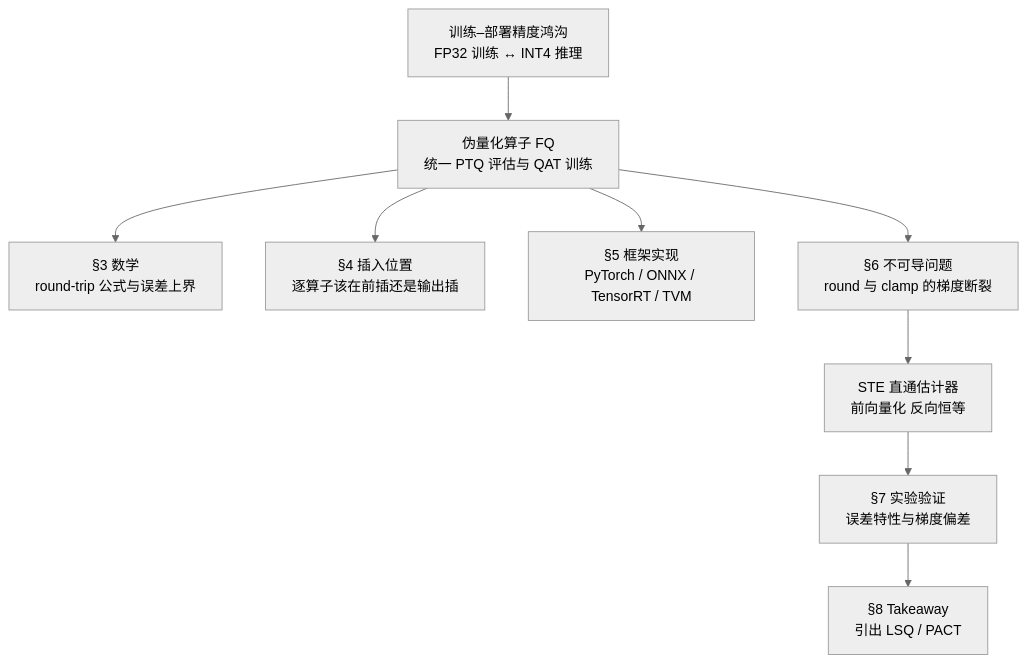
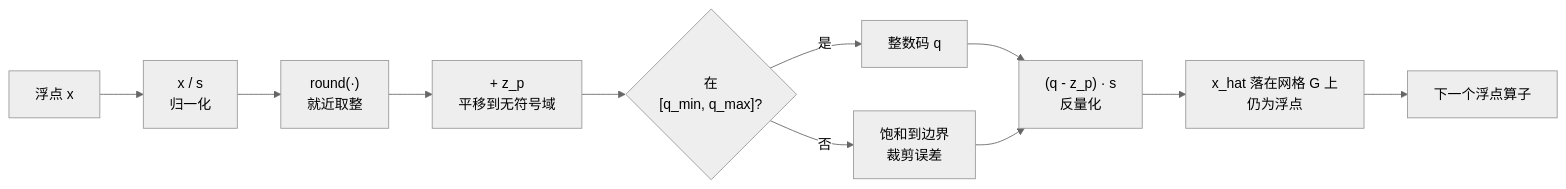
The first of 4 diagrams in _posts/2026-08-26-llm-quant-11-fake-quant-insertion.md (lrypcy/lrypcy.github.io), drawn with Mermaid (neutral theme) before and after one commit. The commit also changed other lines of this file and 22 other files, not shown here.

````diff
--- a/_posts/2026-08-26-llm-quant-11-fake-quant-insertion.md
+++ b/_posts/2026-08-26-llm-quant-11-fake-quant-insertion.md
@@ -66,11 +106,13 @@
 ```mermaid
-flowchart TD
-    A["训练–部署精度鸿沟<br>FP32 训练 ↔ INT4 推理"] --> B["伪量化算子 FQ<br>统一 PTQ 评估与 QAT 训练"]
-    B --> C["§3 数学<br>round-trip 公式与误差上界"]
-    B --> D["§4 插入位置<br>逐算子该在前插还是输出插"]
-    B --> E["§5 框架实现<br>PyTorch / ONNX / TensorRT / TVM"]
-    B --> F["§6 不可导问题<br>round 与 clamp 的梯度断裂"]
-    F --> G["STE 直通估计器<br>前向量化 反向恒等"]
-    G --> H["§7 实验验证<br>误差特性与梯度偏差"]
-    H --> I["§8 Takeaway<br>引出 LSQ / PACT"]
+flowchart LR
+    A["浮点 x"] --> B["x / s<br>归一化"]
+    B --> C["round(·)<br>就近取整"]
+    C --> D["+ z_p<br>平移到无符号域"]
+    D --> E{"在<br>[q_min, q_max]?"}
+    E -->|"是"| F["整数码 q"]
+    E -->|"否"| G["饱和到边界<br>裁剪误差"]
+    F --> H["(q - z_p) · s<br>反量化"]
+    G --> H
+    H --> I["x_hat 落在网格 G 上<br>仍为浮点"]
+    I --> J["下一个浮点算子"]
 ```
````
